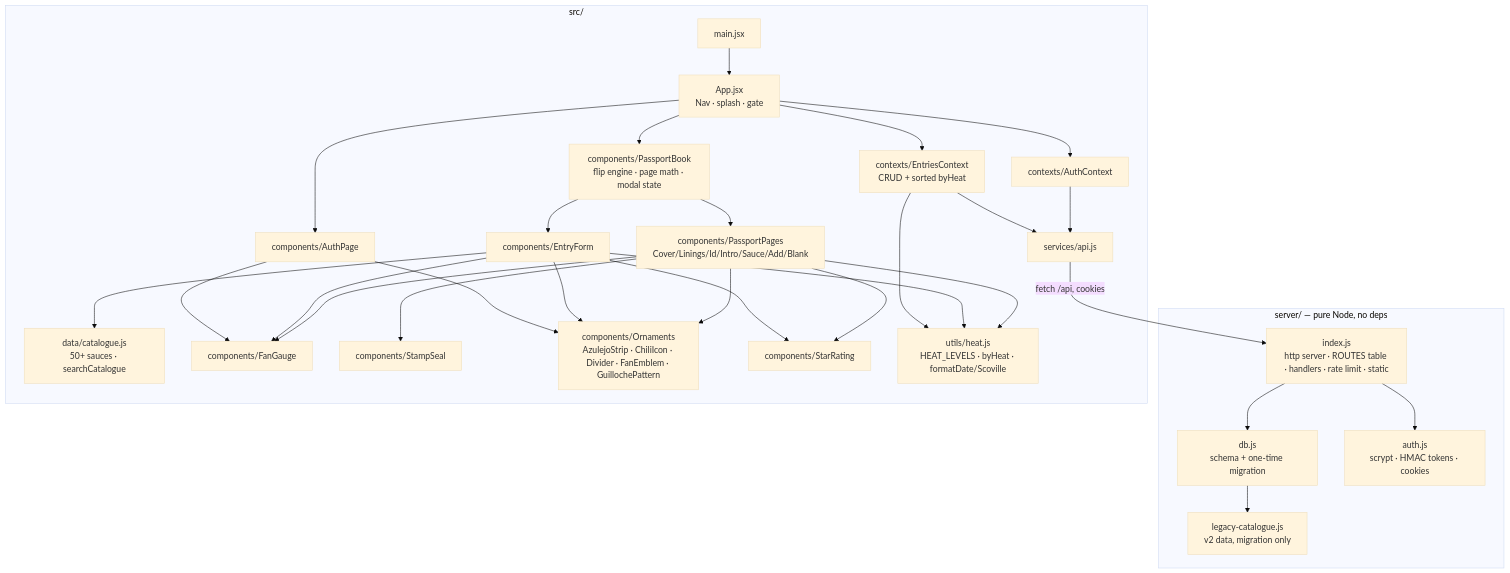
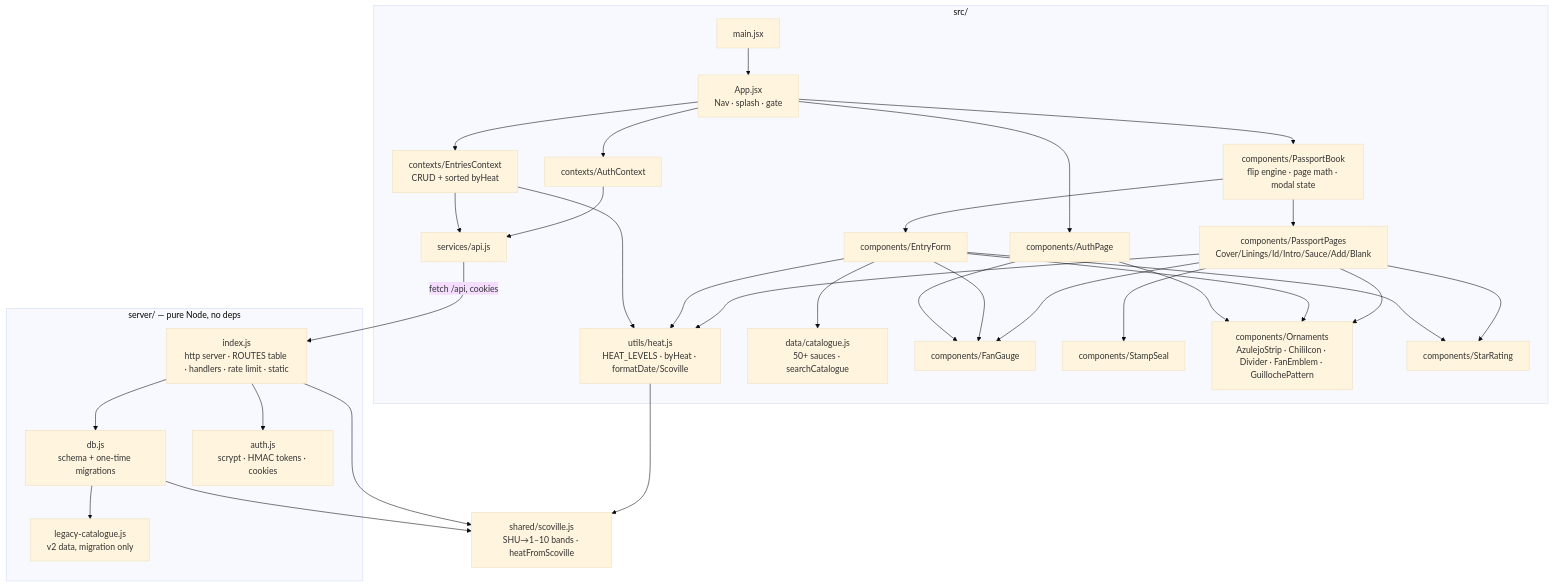
Before and after one commit to jbol/hot-sauce-rater: the diagram in CLAUDE.md, drawn with Mermaid (base theme). The commit also changed other lines of this file and 18 other files, not shown here.

````diff
--- a/CLAUDE.md
+++ b/CLAUDE.md
@@ -24,24 +24,25 @@
 ```mermaid
 graph TD
   subgraph server [server/ — pure Node, no deps]
-    IDX[index.js<br/>http server · ROUTES table · handlers · rate limit · static] --> DB[db.js<br/>schema + one-time migration]
+    IDX[index.js<br/>http server · ROUTES table · handlers · rate limit · static] --> DB[db.js<br/>schema + one-time migrations]
     IDX --> AUTH[auth.js<br/>scrypt · HMAC tokens · cookies]
     DB --> LEG[legacy-catalogue.js<br/>v2 data, migration only]
   end
+  IDX & DB & HU --> SH[shared/scoville.js<br/>SHU→1–10 bands · heatFromScoville]
   subgraph frontend [src/]
     MAIN[main.jsx] --> APP[App.jsx<br/>Nav · splash · gate]
     APP --> AC[contexts/AuthContext]
     APP --> AP[components/AuthPage]
     APP --> EC[contexts/EntriesContext<br/>CRUD + sorted byHeat]
     APP --> PB[components/PassportBook<br/>flip engine · page math · modal state]
     PB --> PP[components/PassportPages<br/>Cover/Linings/Id/Intro/Sauce/Add/Blank]
     PB --> EF[components/EntryForm]
     EF --> CAT[data/catalogue.js<br/>50+ sauces · searchCatalogue]
     AC & EC --> API[services/api.js] -->|fetch /api, cookies| IDX
     PP & EF & AP --> FG[components/FanGauge]
     PP --> SS[components/StampSeal]
     PP & EF & AP --> OR[components/Ornaments<br/>AzulejoStrip · ChiliIcon · Divider · FanEmblem · GuillochePattern]
     PP & EF --> SR[components/StarRating]
     PP & EF & EC --> HU[utils/heat.js<br/>HEAT_LEVELS · byHeat · formatDate/Scoville]
   end
 ```
````
